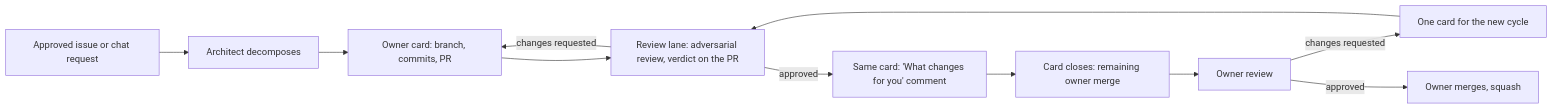
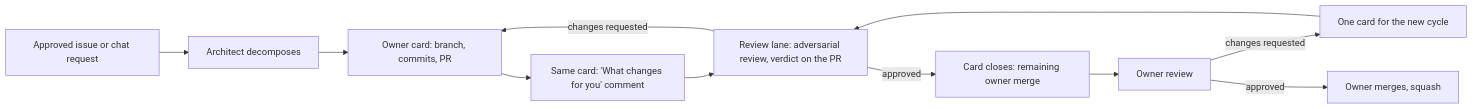
The diagram in docs/owner-journey.md (a-simeshin/hermes-dark-factory), drawn with Mermaid before and after one commit. The commit also changed 3 other files, not shown here.

````diff
--- a/docs/owner-journey.md
+++ b/docs/owner-journey.md
@@ -40,13 +40,13 @@
 ```mermaid
 flowchart LR
   I[Approved issue or chat request] --> D[Architect decomposes]
   D --> C[Owner card: branch, commits, PR]
-  C --> R[Review lane: adversarial review, verdict on the PR]
+  C --> W[Same card: 'What changes for you' comment]
+  W --> R[Review lane: adversarial review, verdict on the PR]
   R -- changes requested --> C
-  R -- approved --> W[Same card: 'What changes for you' comment]
-  W --> K[Card closes: remaining owner merge]
+  R -- approved --> K[Card closes: remaining owner merge]
   K --> O[Owner review]
   O -- changes requested --> RW[One card for the new cycle]
   RW --> R
   O -- approved --> M[Owner merges, squash]
 ```
````
